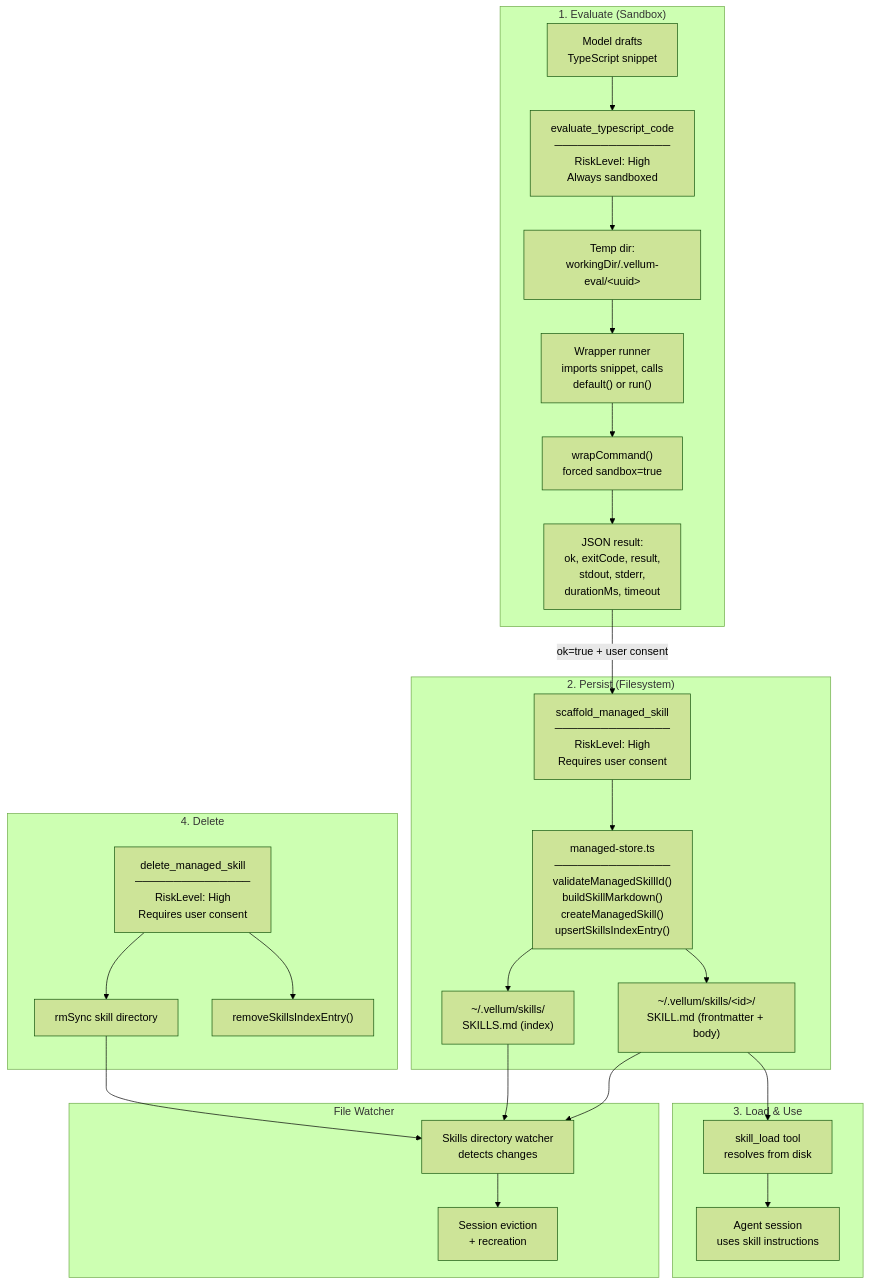
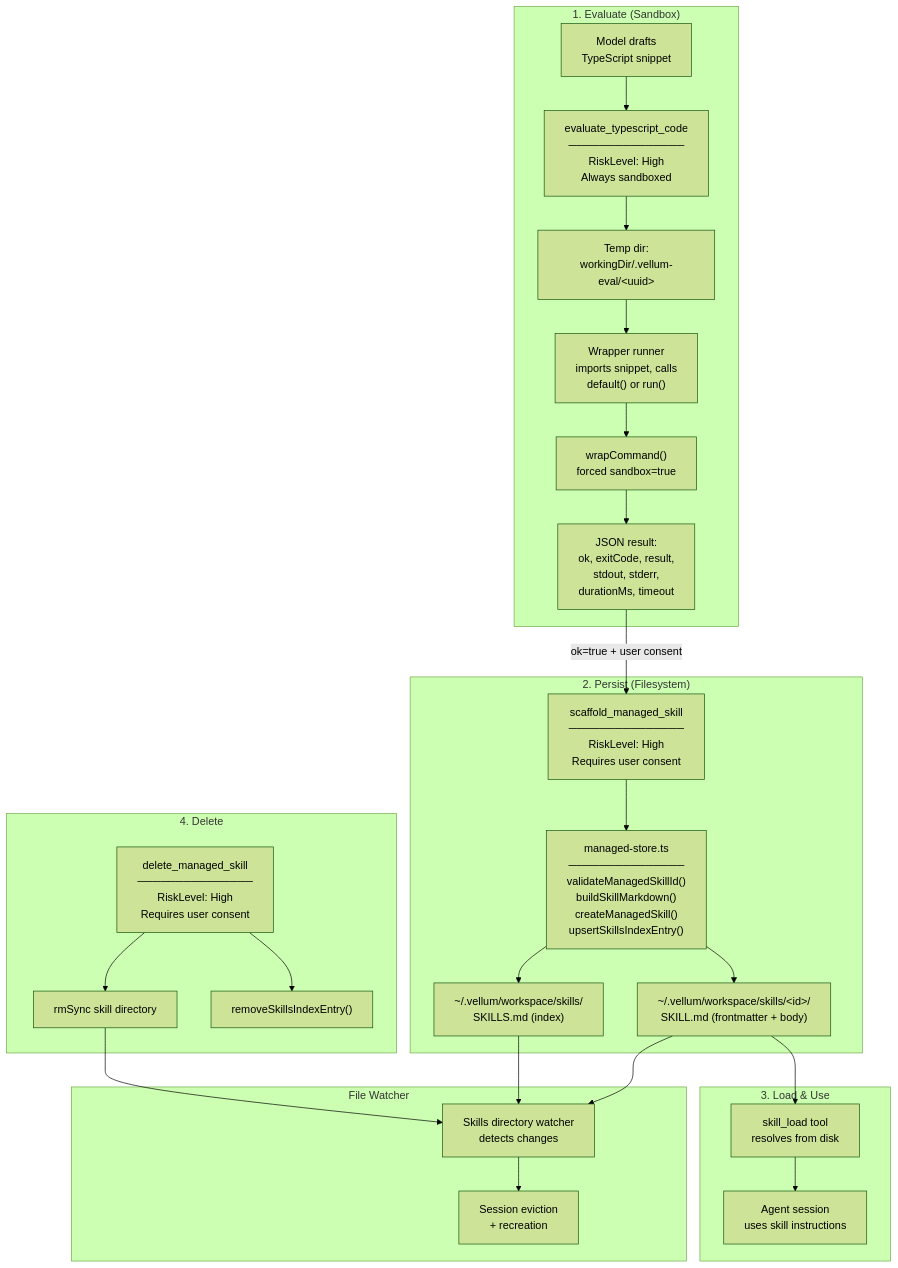
One commit to vellum-ai/vellum-assistant changed diagram 15 of 23 in ARCHITECTURE.md. Above: the diagram before and after it, drawn with Mermaid (forest theme). The commit also changed other lines of this file, not shown here.

First line of the commit message:
docs: update ARCHITECTURE.md paths and diagrams for workspace layout

````diff
--- a/ARCHITECTURE.md
+++ b/ARCHITECTURE.md
@@ -1195,56 +1198,56 @@
 ```mermaid
 graph TB
     subgraph "1. Evaluate (Sandbox)"
         SNIPPET["Model drafts<br/>TypeScript snippet"]
         EVAL_TOOL["evaluate_typescript_code<br/>───────────────<br/>RiskLevel: High<br/>Always sandboxed"]
         TEMP["Temp dir:<br/>workingDir/.vellum-eval/&lt;uuid&gt;"]
         WRAPPER["Wrapper runner<br/>imports snippet, calls<br/>default() or run()"]
         SANDBOX["wrapCommand()<br/>forced sandbox=true"]
         RESULT["JSON result:<br/>ok, exitCode, result,<br/>stdout, stderr,<br/>durationMs, timeout"]
     end
 
     subgraph "2. Persist (Filesystem)"
         SCAFFOLD["scaffold_managed_skill<br/>───────────────<br/>RiskLevel: High<br/>Requires user consent"]
         MANAGED_STORE["managed-store.ts<br/>───────────────<br/>validateManagedSkillId()<br/>buildSkillMarkdown()<br/>createManagedSkill()<br/>upsertSkillsIndexEntry()"]
-        SKILL_DIR["~/.vellum/skills/&lt;id&gt;/<br/>SKILL.md (frontmatter + body)"]
-        INDEX["~/.vellum/skills/<br/>SKILLS.md (index)"]
+        SKILL_DIR["~/.vellum/workspace/skills/&lt;id&gt;/<br/>SKILL.md (frontmatter + body)"]
+        INDEX["~/.vellum/workspace/skills/<br/>SKILLS.md (index)"]
     end
 
     subgraph "3. Load & Use"
         SKILL_LOAD["skill_load tool<br/>resolves from disk"]
         SESSION["Agent session<br/>uses skill instructions"]
     end
 
     subgraph "4. Delete"
         DELETE["delete_managed_skill<br/>───────────────<br/>RiskLevel: High<br/>Requires user consent"]
         RM_DIR["rmSync skill directory"]
         RM_INDEX["removeSkillsIndexEntry()"]
     end
 
     subgraph "File Watcher"
         WATCHER["Skills directory watcher<br/>detects changes"]
         EVICT["Session eviction<br/>+ recreation"]
     end
 
     SNIPPET --> EVAL_TOOL
     EVAL_TOOL --> TEMP
     TEMP --> WRAPPER
     WRAPPER --> SANDBOX
     SANDBOX --> RESULT
     RESULT -->|"ok=true + user consent"| SCAFFOLD
 
     SCAFFOLD --> MANAGED_STORE
     MANAGED_STORE --> SKILL_DIR
     MANAGED_STORE --> INDEX
 
     SKILL_DIR --> WATCHER
     INDEX --> WATCHER
     WATCHER --> EVICT
 
     SKILL_DIR --> SKILL_LOAD
     SKILL_LOAD --> SESSION
 
     DELETE --> RM_DIR
     DELETE --> RM_INDEX
     RM_DIR --> WATCHER
 ```
````
